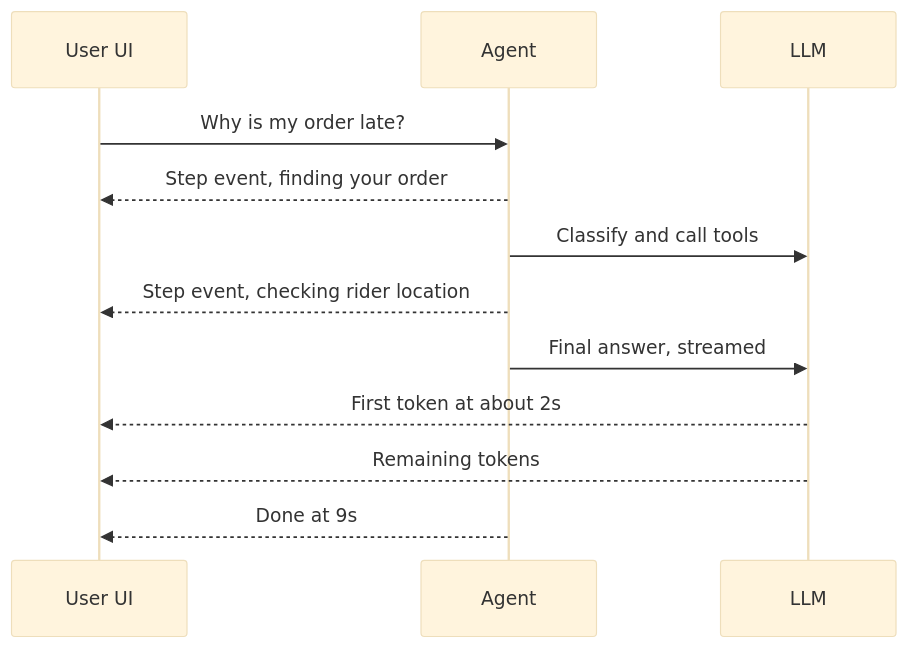
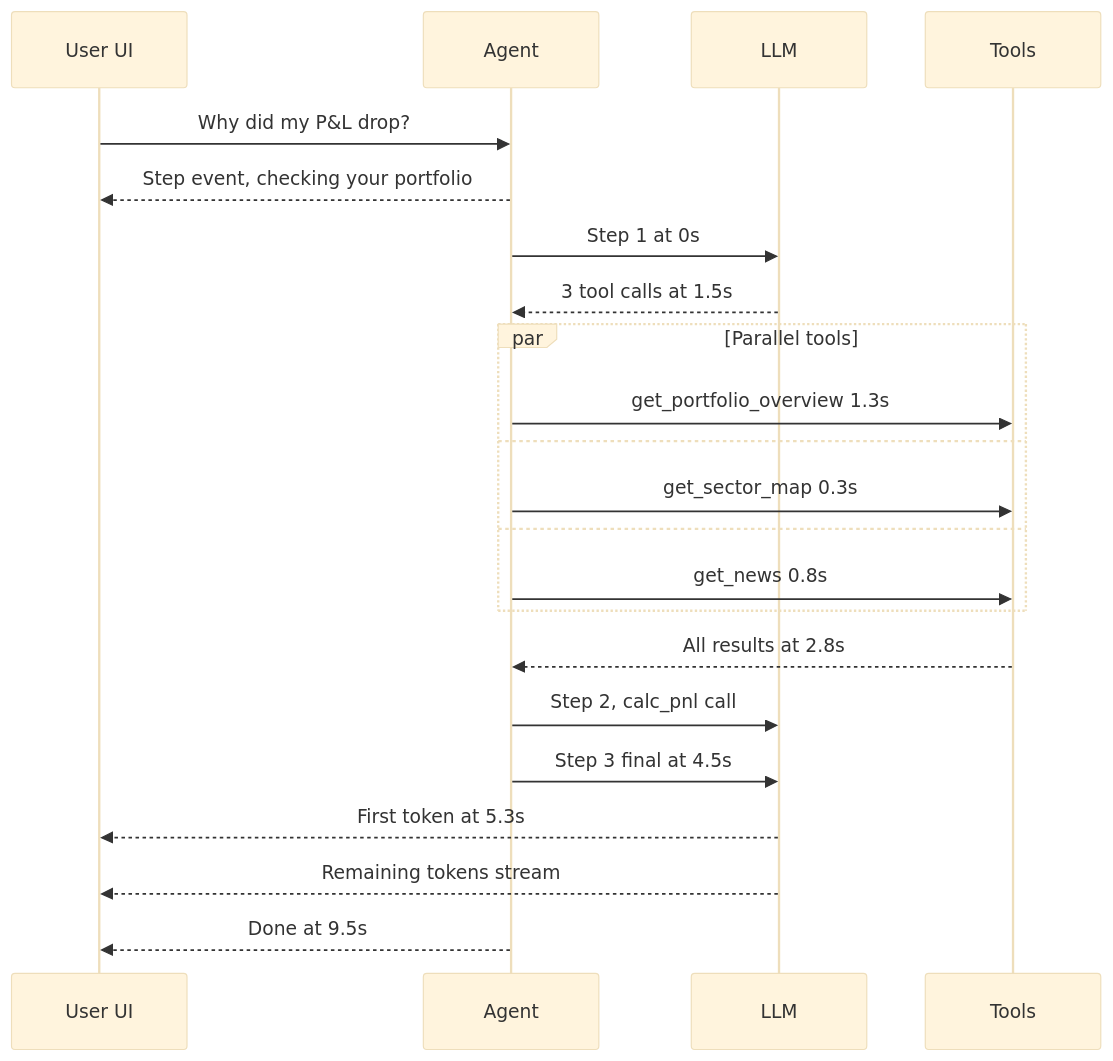
The fifth of 7 diagrams in content-en/11-agentic/11-cost-latency.md (flow6979/viewinter), drawn with Mermaid (base theme) before and after one commit. The commit also changed other lines of this file and 26 other files, not shown here.

First line of the commit message:
Agentic AI: rewrite all 13 pages to explain from scratch; animate diagrams on every article

````diff
--- a/content-en/11-agentic/11-cost-latency.md
+++ b/content-en/11-agentic/11-cost-latency.md
@@ -231,14 +465,24 @@
 ```mermaid
 sequenceDiagram
     participant U as User UI
     participant A as Agent
     participant L as LLM
-    U->>A: Why is my order late?
-    A-->>U: Step event, finding your order
-    A->>L: Classify and call tools
-    A-->>U: Step event, checking rider location
-    A->>L: Final answer, streamed
-    L-->>U: First token at about 2s
-    L-->>U: Remaining tokens
-    A-->>U: Done at 9s
+    participant T as Tools
+    U->>A: Why did my P&L drop?
+    A-->>U: Step event, checking your portfolio
+    A->>L: Step 1 at 0s
+    L-->>A: 3 tool calls at 1.5s
+    par Parallel tools
+        A->>T: get_portfolio_overview 1.3s
+    and
+        A->>T: get_sector_map 0.3s
+    and
+        A->>T: get_news 0.8s
+    end
+    T-->>A: All results at 2.8s
+    A->>L: Step 2, calc_pnl call
+    A->>L: Step 3 final at 4.5s
+    L-->>U: First token at 5.3s
+    L-->>U: Remaining tokens stream
+    A-->>U: Done at 9.5s
 ```
````
